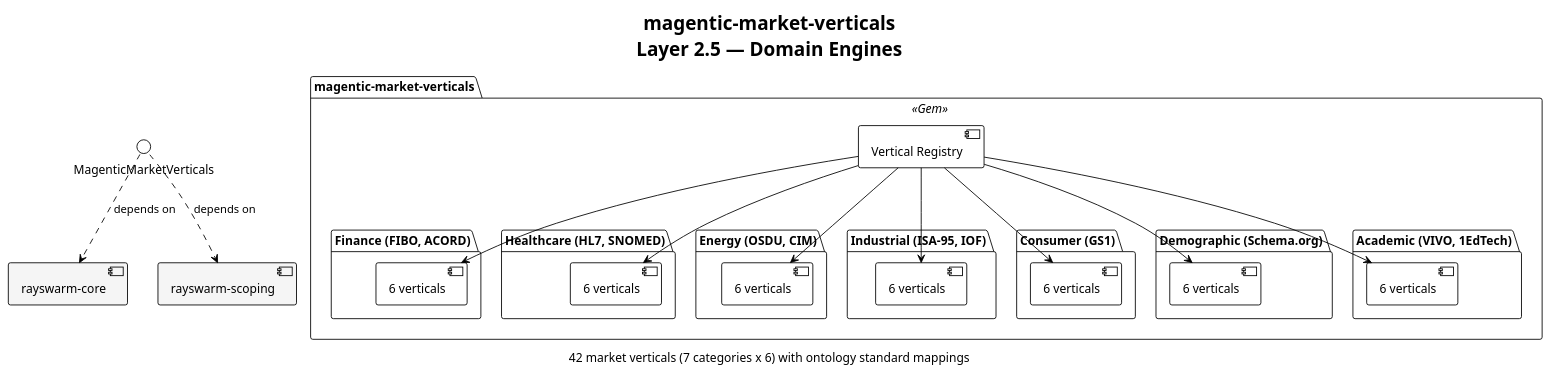
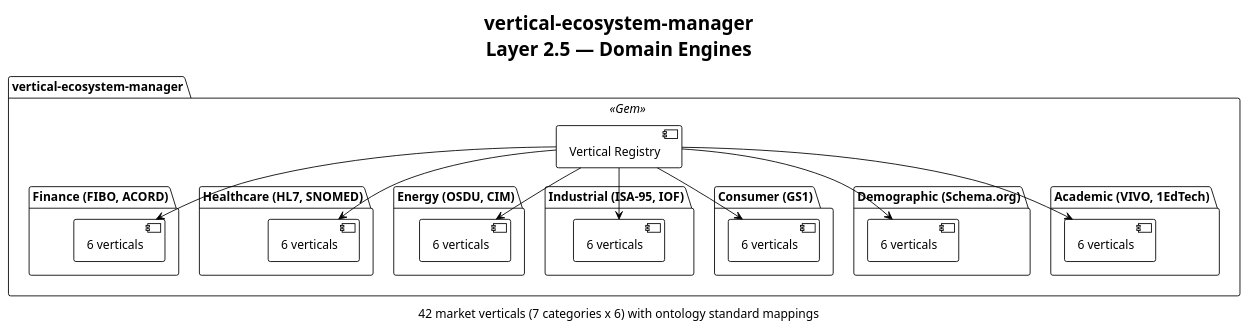
Before and after one commit to laquereric/engine-vertical-ecosystem-manager: the diagram in architecture.puml, drawn with PlantUML. The commit also changed 32 other files, not shown here.

First line of the commit message:
Rename gem from magentic-market-verticals to vertical-ecosystem-manager

```diff
--- a/architecture.puml
+++ b/architecture.puml
@@ -1,60 +1,54 @@
 @startuml architecture
 !theme plain
 
 skinparam component {
   BackgroundColor<<Engine>> #E1F5FE
   BorderColor<<Engine>> #0288D1
   BackgroundColor<<Gem>> #FFF3E0
   BorderColor<<Gem>> #F57C00
 }
 
-title magentic-market-verticals\nLayer 2.5 — Domain Engines
+title vertical-ecosystem-manager\nLayer 2.5 — Domain Engines
 
-package "magentic-market-verticals" <<Gem>> {
+package "vertical-ecosystem-manager" <<Gem>> {
   component "Vertical Registry" as VerticalRegistry
 
   package "Finance (FIBO, ACORD)" {
     component "6 verticals" as Finance
   }
 
   package "Healthcare (HL7, SNOMED)" {
     component "6 verticals" as Healthcare
   }
 
   package "Energy (OSDU, CIM)" {
     component "6 verticals" as Energy
   }
 
   package "Industrial (ISA-95, IOF)" {
     component "6 verticals" as Industrial
   }
 
   package "Consumer (GS1)" {
     component "6 verticals" as Consumer
   }
 
   package "Demographic (Schema.org)" {
     component "6 verticals" as Demographic
   }
 
   package "Academic (VIVO, 1EdTech)" {
     component "6 verticals" as Academic
   }
 }
 
 VerticalRegistry --> Finance
 VerticalRegistry --> Healthcare
 VerticalRegistry --> Energy
 VerticalRegistry --> Industrial
 VerticalRegistry --> Consumer
 VerticalRegistry --> Demographic
 VerticalRegistry --> Academic
 
-component "rayswarm-core" as RayswarmCore #F5F5F5
-component "rayswarm-scoping" as RayswarmScoping #F5F5F5
-
-MagenticMarketVerticals ..> RayswarmCore : depends on
-MagenticMarketVerticals ..> RayswarmScoping : depends on
-
 caption 42 market verticals (7 categories x 6) with ontology standard mappings
 @enduml
```
